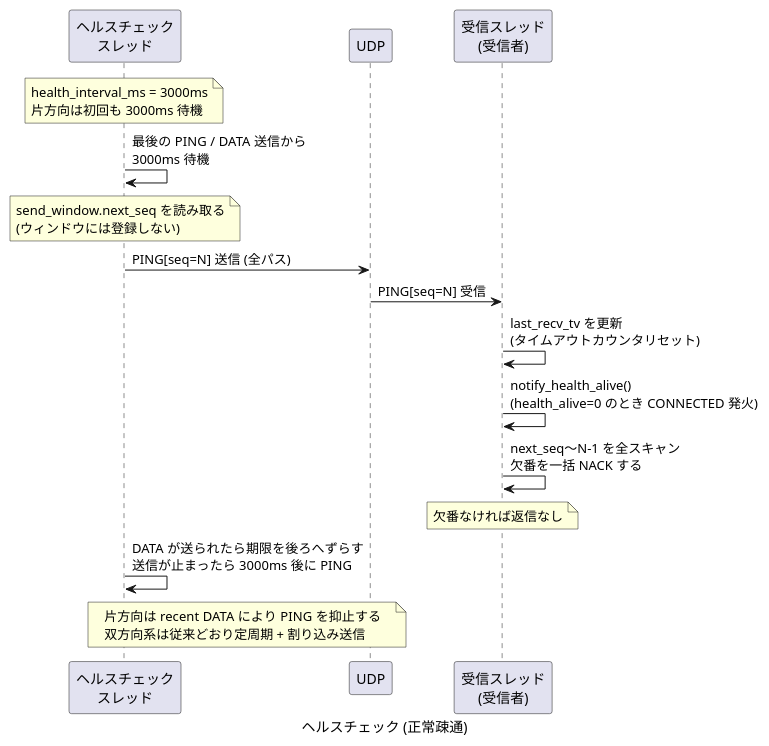
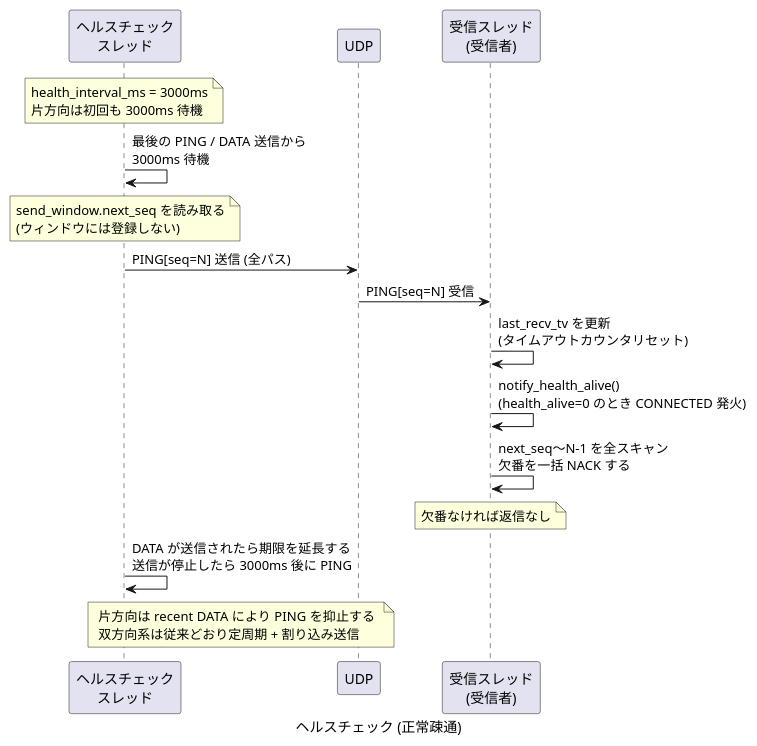
One commit to Hondarer/app_porter changed the first of 2 diagrams in docs/sequence-health.md. Above: the diagram before and after it, drawn with PlantUML. The commit also changed other lines of this file and 39 other files, not shown here.

````diff
--- a/docs/sequence-health.md
+++ b/docs/sequence-health.md
@@ -9,26 +9,26 @@
 ```plantuml
 @startuml ヘルスチェック (正常疎通)
 caption ヘルスチェック (正常疎通)
 
 participant "ヘルスチェック\nスレッド" as HT
 participant "UDP" as UDP
 participant "受信スレッド\n(受信者)" as RRT
 
 note over HT: health_interval_ms = 3000ms\n片方向は初回も 3000ms 待機
 
 HT -> HT: 最後の PING / DATA 送信から\n3000ms 待機
 note over HT: send_window.next_seq を読み取る\n(ウィンドウには登録しない)
 HT -> UDP: PING[seq=N] 送信 (全パス)
 
 UDP -> RRT: PING[seq=N] 受信
 RRT -> RRT: last_recv_tv を更新\n(タイムアウトカウンタリセット)
 RRT -> RRT: notify_health_alive()\n(health_alive=0 のとき CONNECTED 発火)
 RRT -> RRT: next_seq〜N-1 を全スキャン\n欠番を一括 NACK する
 note over RRT: 欠番なければ返信なし
 
-HT -> HT: DATA が送られたら期限を後ろへずらす\n送信が止まったら 3000ms 後に PING
+HT -> HT: DATA が送信されたら期限を延長する\n送信が停止したら 3000ms 後に PING
 
 note over HT, UDP: 片方向は recent DATA により PING を抑止する\n双方向系は従来どおり定周期 + 割り込み送信
 
 @enduml
 ```
````
